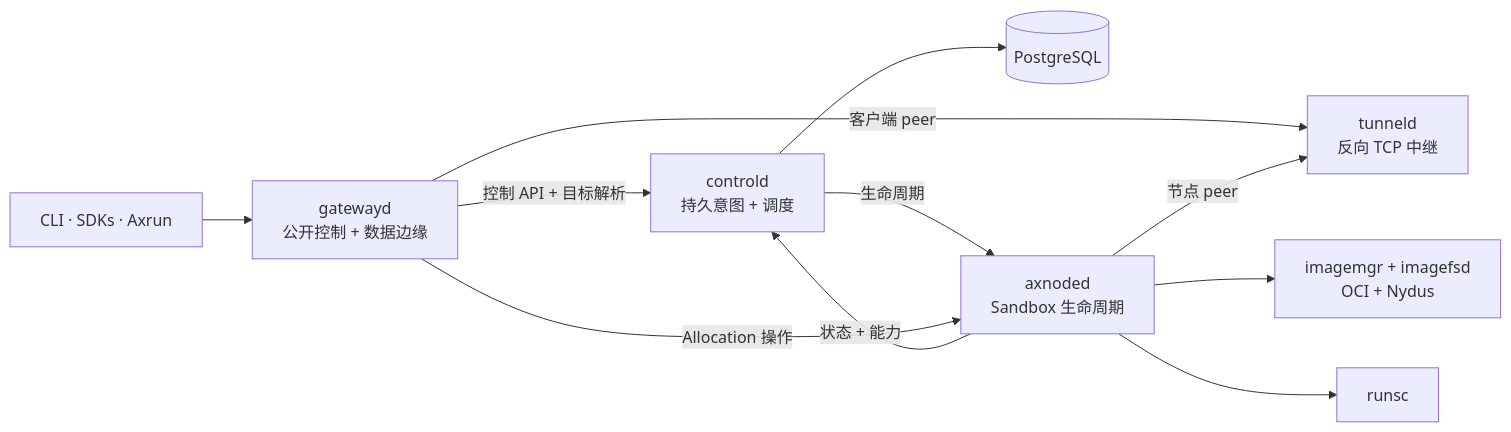
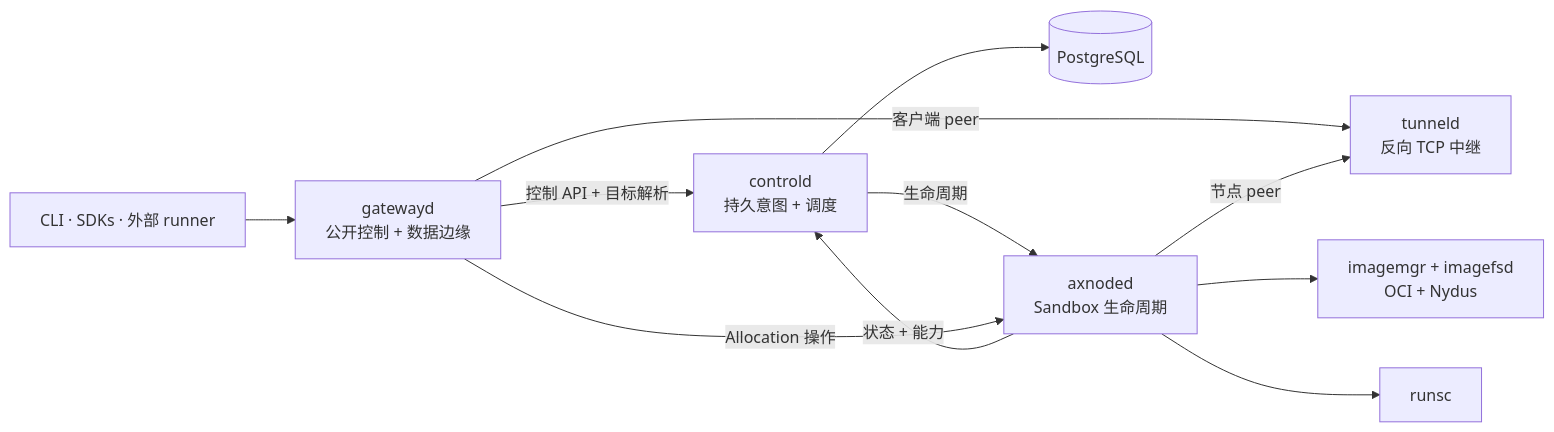
One commit to cofy-x/axern changed the diagram in apps/docs/src/content/docs/zh-cn/architecture/index.md. Above: the diagram before and after it, drawn with Mermaid. The commit also changed other lines of this file and 413 other files, not shown here.

````diff
--- a/apps/docs/src/content/docs/zh-cn/architecture/index.md
+++ b/apps/docs/src/content/docs/zh-cn/architecture/index.md
@@ -8,13 +8,13 @@
 ```mermaid
 flowchart LR
-    Clients["CLI · SDKs · Axrun"] --> Gateway["gatewayd\n公开控制 + 数据边缘"]
+    Clients["CLI · SDKs · 外部 runner"] --> Gateway["gatewayd\n公开控制 + 数据边缘"]
     Gateway -->|控制 API + 目标解析| Control["controld\n持久意图 + 调度"]
     Control --> Postgres[(PostgreSQL)]
     Control -->|生命周期| Node["axnoded\nSandbox 生命周期"]
     Node -->|状态 + 能力| Control
     Gateway -->|Allocation 操作| Node
     Gateway -->|客户端 peer| Tunnel["tunneld\n反向 TCP 中继"]
     Node -->|节点 peer| Tunnel
     Node --> Image["imagemgr + imagefsd\nOCI + Nydus"]
     Node --> Runtime["runsc"]
 ```
````
